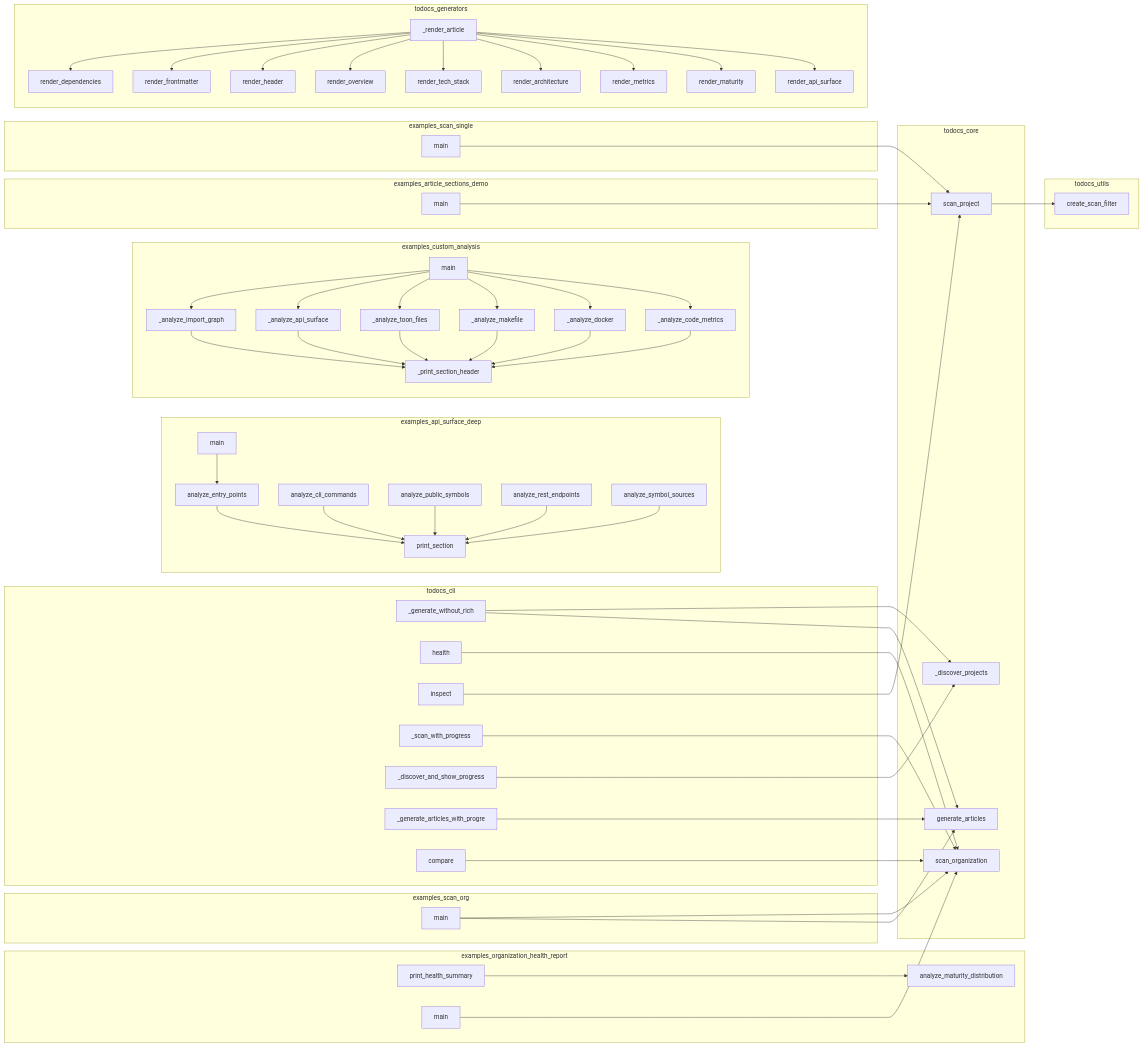
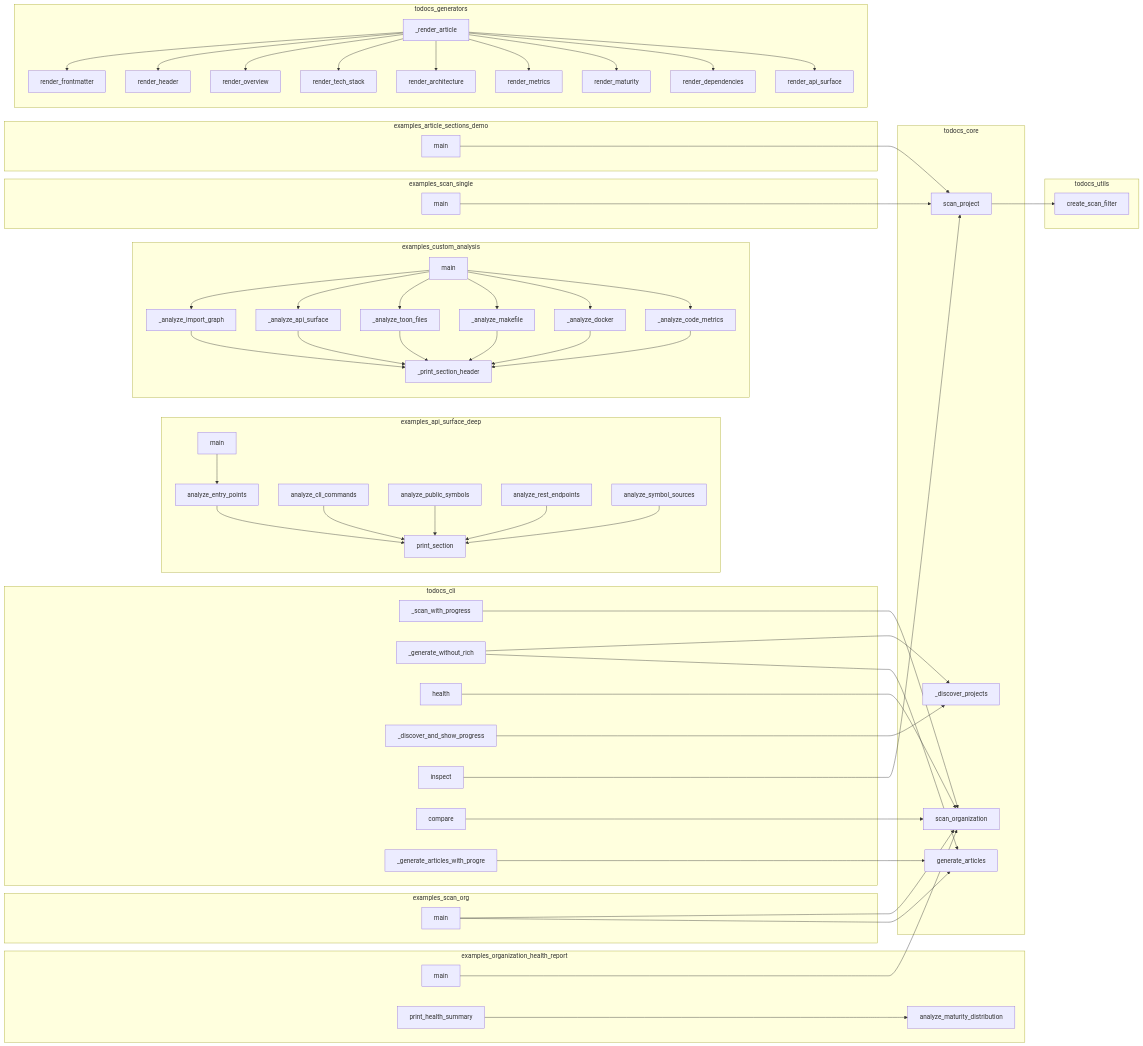
Before and after one commit to wronai/todocs: the diagram in project/calls.mmd, drawn with Mermaid. The commit also changed other lines of this file and 37 other files, not shown here.

First line of the commit message:
refactor(docs): code analysis engine

```diff
--- a/project/calls.mmd
+++ b/project/calls.mmd
@@ -1,106 +1,106 @@
 flowchart LR
     subgraph examples_api_surface_deep
-        examples__api_surface_deep__analyze_symbol_sources["analyze_symbol_sources"]
-        examples__api_surface_deep__analyze_entry_points["analyze_entry_points"]
         examples__api_surface_deep__main["main"]
         examples__api_surface_deep__analyze_rest_endpoints["analyze_rest_endpoints"]
+        examples__api_surface_deep__analyze_entry_points["analyze_entry_points"]
+        examples__api_surface_deep__analyze_symbol_sources["analyze_symbol_sources"]
         examples__api_surface_deep__analyze_cli_commands["analyze_cli_commands"]
+        examples__api_surface_deep__print_section["print_section"]
         examples__api_surface_deep__analyze_public_symbols["analyze_public_symbols"]
-        examples__api_surface_deep__print_section["print_section"]
     end
     subgraph examples_article_sections_demo
         examples__article_sections_demo__main["main"]
     end
     subgraph examples_custom_analysis
+        examples__custom_analysis___analyze_import_graph["_analyze_import_graph"]
         examples__custom_analysis___analyze_docker["_analyze_docker"]
         examples__custom_analysis___analyze_api_surface["_analyze_api_surface"]
+        examples__custom_analysis__main["main"]
+        examples__custom_analysis___analyze_makefile["_analyze_makefile"]
         examples__custom_analysis___analyze_toon_files["_analyze_toon_files"]
-        examples__custom_analysis__main["main"]
+        examples__custom_analysis___analyze_code_metrics["_analyze_code_metrics"]
         examples__custom_analysis___print_section_header["_print_section_header"]
-        examples__custom_analysis___analyze_import_graph["_analyze_import_graph"]
-        examples__custom_analysis___analyze_makefile["_analyze_makefile"]
-        examples__custom_analysis___analyze_code_metrics["_analyze_code_metrics"]
     end
     subgraph examples_organization_health_report
-        examples__print_health_summary["print_health_summary"]
         examples__organization_health_report__main["main"]
         examples__analyze_maturity_distribution["analyze_maturity_distribution"]
+        examples__print_health_summary["print_health_summary"]
     end
     subgraph examples_scan_org
         examples__scan_org__main["main"]
     end
     subgraph examples_scan_single
         examples__scan_single__main["main"]
     end
     subgraph todocs_cli
+        todocs__cli___scan_with_progress["_scan_with_progress"]
         todocs__cli___generate_without_rich["_generate_without_rich"]
         todocs__cli__health["health"]
+        todocs__cli___discover_and_show_progress["_discover_and_show_progress"]
         todocs__cli__inspect["inspect"]
-        todocs__cli___scan_with_progress["_scan_with_progress"]
-        todocs__cli___discover_and_show_progress["_discover_and_show_progress"]
+        todocs__cli__compare["compare"]
         todocs__cli___generate_articles_with_progress["_generate_articles_with_progre"]
-        todocs__cli__compare["compare"]
     end
     subgraph todocs_core
         todocs__core___discover_projects["_discover_projects"]
         todocs__core__scan_project["scan_project"]
         todocs__core__scan_organization["scan_organization"]
         todocs__core__generate_articles["generate_articles"]
     end
     subgraph todocs_generators
-        todocs__render_dependencies["render_dependencies"]
-        todocs__render_api_surface["render_api_surface"]
-        todocs__render_overview["render_overview"]
-        todocs__render_header["render_header"]
-        todocs__render_architecture["render_architecture"]
         todocs___render_article["_render_article"]
         todocs__render_maturity["render_maturity"]
-        todocs__render_frontmatter["render_frontmatter"]
+        todocs__render_api_surface["render_api_surface"]
+        todocs__render_header["render_header"]
         todocs__render_metrics["render_metrics"]
         todocs__render_tech_stack["render_tech_stack"]
+        todocs__render_frontmatter["render_frontmatter"]
+        todocs__render_overview["render_overview"]
+        todocs__render_dependencies["render_dependencies"]
+        todocs__render_architecture["render_architecture"]
     end
     subgraph todocs_utils
         todocs__utils__create_scan_filter["create_scan_filter"]
     end
+    examples__article_sections_demo__main --> todocs__core__scan_project
     examples__scan_single__main --> todocs__core__scan_project
-    examples__article_sections_demo__main --> todocs__core__scan_project
-    examples__scan_org__main --> todocs__core__scan_organization
-    examples__scan_org__main --> todocs__core__generate_articles
     examples__custom_analysis___analyze_import_graph --> examples__custom_analysis___print_section_header
     examples__custom_analysis___analyze_api_surface --> examples__custom_analysis___print_section_header
     examples__custom_analysis___analyze_toon_files --> examples__custom_analysis___print_section_header
     examples__custom_analysis___analyze_makefile --> examples__custom_analysis___print_section_header
     examples__custom_analysis___analyze_docker --> examples__custom_analysis___print_section_header
     examples__custom_analysis___analyze_code_metrics --> examples__custom_analysis___print_section_header
     examples__custom_analysis__main --> examples__custom_analysis___analyze_import_graph
     examples__custom_analysis__main --> examples__custom_analysis___analyze_api_surface
     examples__custom_analysis__main --> examples__custom_analysis___analyze_toon_files
     examples__custom_analysis__main --> examples__custom_analysis___analyze_makefile
     examples__custom_analysis__main --> examples__custom_analysis___analyze_docker
     examples__custom_analysis__main --> examples__custom_analysis___analyze_code_metrics
     examples__print_health_summary --> examples__analyze_maturity_distribution
     examples__organization_health_report__main --> todocs__core__scan_organization
+    examples__scan_org__main --> todocs__core__scan_organization
+    examples__scan_org__main --> todocs__core__generate_articles
     examples__api_surface_deep__analyze_entry_points --> examples__api_surface_deep__print_section
     examples__api_surface_deep__analyze_cli_commands --> examples__api_surface_deep__print_section
     examples__api_surface_deep__analyze_public_symbols --> examples__api_surface_deep__print_section
     examples__api_surface_deep__analyze_rest_endpoints --> examples__api_surface_deep__print_section
     examples__api_surface_deep__analyze_symbol_sources --> examples__api_surface_deep__print_section
     examples__api_surface_deep__main --> examples__api_surface_deep__analyze_entry_points
     todocs__cli___discover_and_show_progress --> todocs__core___discover_projects
     todocs__cli___scan_with_progress --> todocs__core__scan_organization
     todocs__cli___generate_articles_with_progress --> todocs__core__generate_articles
     todocs__cli___generate_without_rich --> todocs__core___discover_projects
     todocs__cli___generate_without_rich --> todocs__core__generate_articles
     todocs__cli__inspect --> todocs__core__scan_project
     todocs__cli__compare --> todocs__core__scan_organization
     todocs__cli__health --> todocs__core__scan_organization
     todocs___render_article --> todocs__render_frontmatter
     todocs___render_article --> todocs__render_header
     todocs___render_article --> todocs__render_overview
     todocs___render_article --> todocs__render_tech_stack
     todocs___render_article --> todocs__render_architecture
     todocs___render_article --> todocs__render_metrics
     todocs___render_article --> todocs__render_maturity
     todocs___render_article --> todocs__render_dependencies
     todocs___render_article --> todocs__render_api_surface
     todocs__core__scan_project --> todocs__utils__create_scan_filter
```
